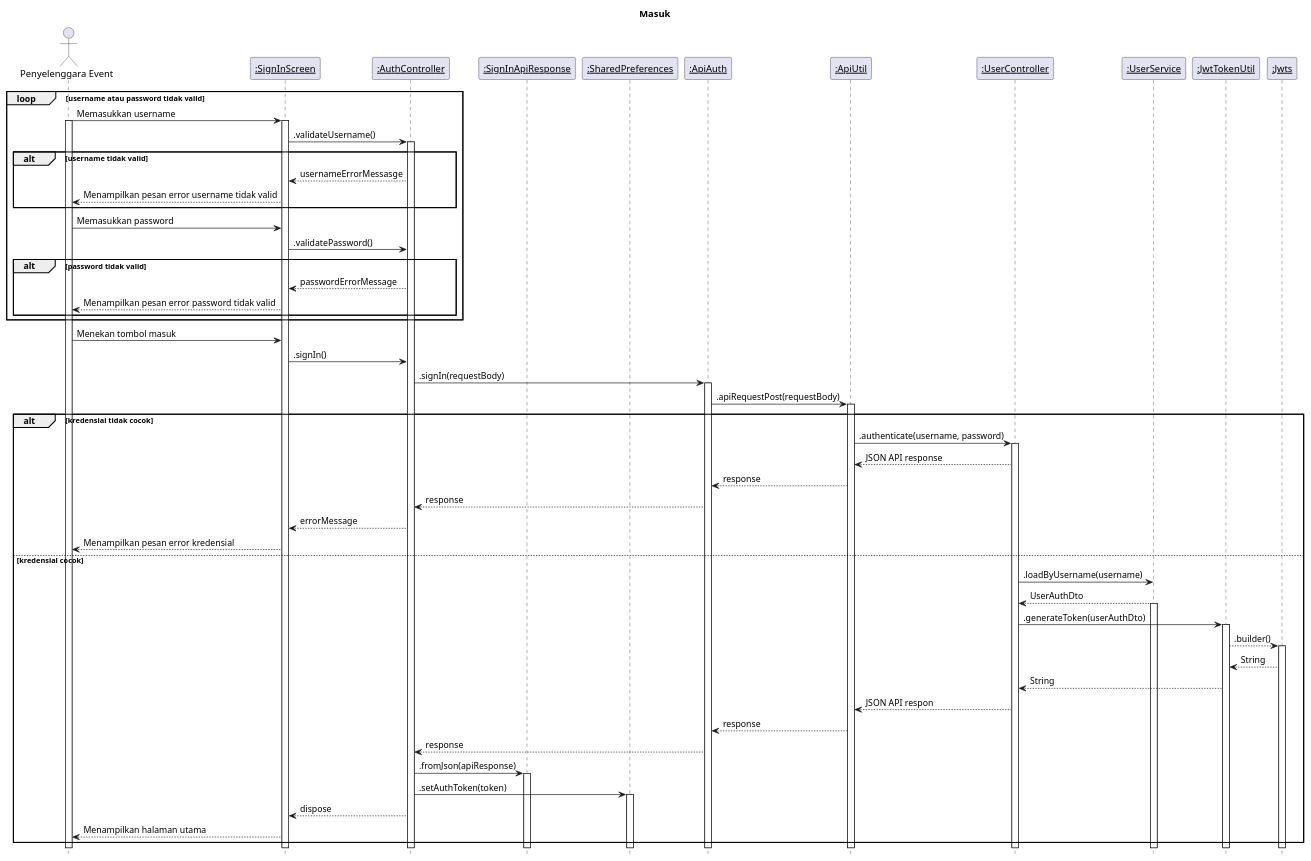
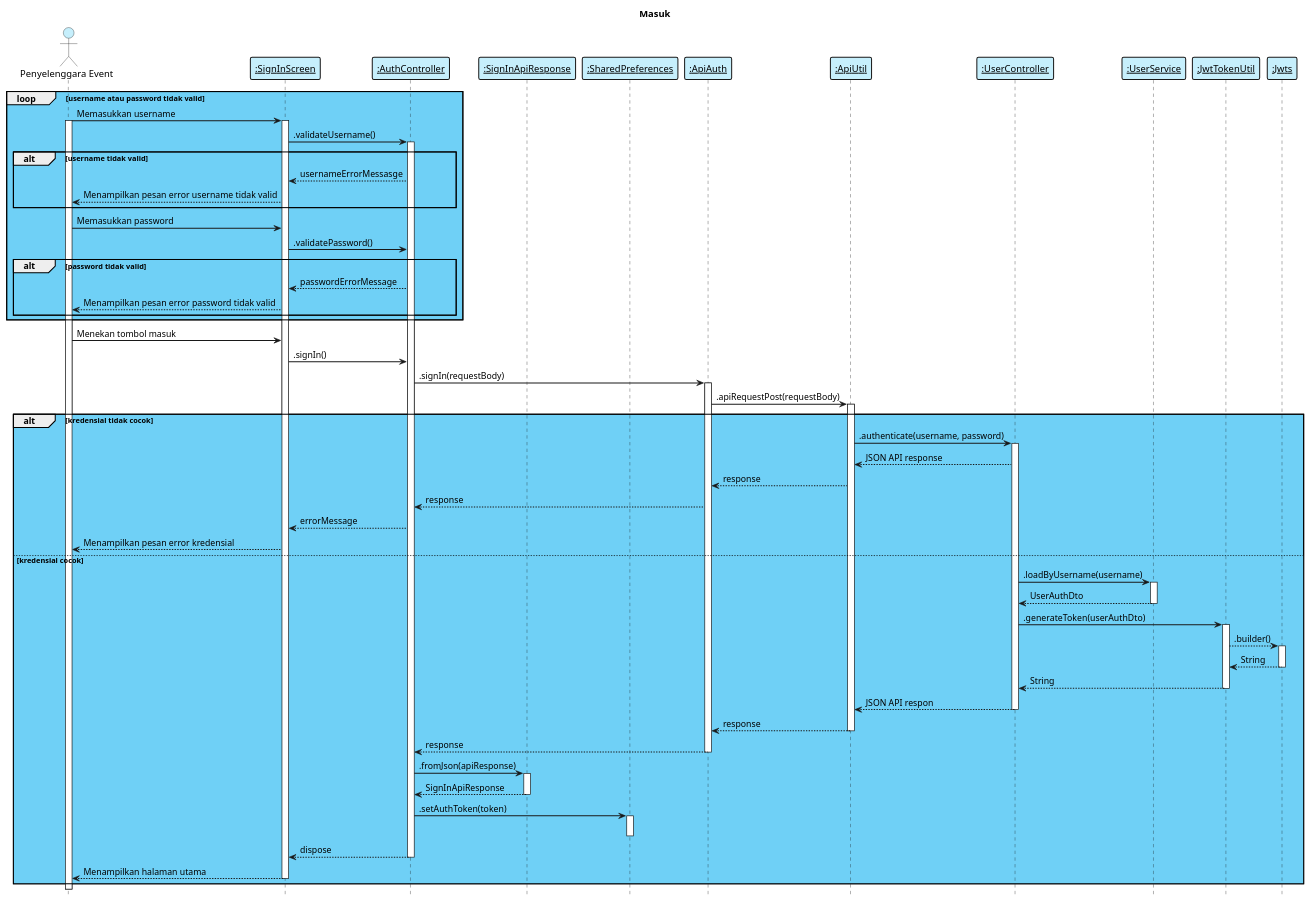
Before and after one commit to irfanfarras10/myevent-diagram: the diagram in Sequence Diagram/sequence_diagram_masuk.wsd, drawn with PlantUML. The commit also changed 6 other files, not shown here.

Commit message:
feat: implement class diagram:

```diff
--- a/Sequence Diagram/sequence_diagram_masuk.wsd
+++ b/Sequence Diagram/sequence_diagram_masuk.wsd
@@ -1,74 +1,94 @@
 @startuml "sequence_diagram_masuk"
 
     title "Masuk"
     hide footbox
     skinparam  shadowing false
 
-    ' frontend component
-    actor "Penyelenggara Event" as eo
+    skinparam sequence {    
+        ArrowThickness 1.5
+        ActorFontName Century Gothic
+        ActorBackgroundColor  #C6EFFC
+        ArrowFontName Century Gothic
+        ParticipantBorderThickness 1.5
+        ParticipantBackgroundColor #C6EFFC
+    }
+
+    ' frontend component 
+    actor "Penyelenggara Event" as eo 
     participant "__:SignInScreen__" as view1
     participant "__:AuthController__" as controller1
     participant "__:SignInApiResponse__" as model1
     participant "__:SharedPreferences__" as prefs
     participant "__:ApiAuth__" as util1
     participant "__:ApiUtil__" as util2
     ' backend component
     participant "__:UserController__" as controller2
     participant "__:UserService__" as service1
     participant "__:JwtTokenUtil__" as util3
     participant "__:Jwts__" as util4
  
-    loop username atau password tidak valid
+    loop #6fd0f6 username atau password tidak valid
         eo -> view1: Memasukkan username
         activate eo
         activate view1
         view1 -> controller1: .validateUsername()
         activate controller1
         alt username tidak valid
             controller1 --> view1: usernameErrorMessasge
             view1 --> eo: Menampilkan pesan error username tidak valid
         end
         eo -> view1: Memasukkan password
         view1 -> controller1: .validatePassword()
         alt password tidak valid
             controller1 --> view1: passwordErrorMessage
             view1 --> eo: Menampilkan pesan error password tidak valid
         end
     end 
     eo -> view1: Menekan tombol masuk
     view1 -> controller1: .signIn()
     controller1 -> util1: .signIn(requestBody)
     activate util1
     util1 -> util2: .apiRequestPost(requestBody)
     activate util2
 
-    alt kredensial tidak cocok
+    alt #6fd0f6 kredensial tidak cocok
         util2 -> controller2: .authenticate(username, password)
         activate controller2
         controller2 --> util2: JSON API response
         util2 --> util1: response
         util1 --> controller1: response
         controller1 --> view1: errorMessage
         view1 --> eo: Menampilkan pesan error kredensial
     else kredensial cocok
         controller2 -> service1: .loadByUsername(username)
+        activate service1
         service1 --> controller2: UserAuthDto
-        activate service1
+        deactivate
         controller2 -> util3: .generateToken(userAuthDto)
         activate util3
         util3 --> util4: .builder()
         activate util4
         util4 --> util3: String  
+        deactivate
         util3 --> controller2: String
-        controller2 --> util2: JSON API respon 
+        deactivate
+        controller2 --> util2: JSON API respon
+         deactivate
         util2 --> util1: response
+        deactivate
         util1 --> controller1: response
+        deactivate
         controller1 -> model1: .fromJson(apiResponse)
         activate model1
+        model1 --> controller1: SignInApiResponse
+        deactivate
         controller1 -> prefs: .setAuthToken(token)
         activate prefs
+        deactivate
         controller1 --> view1: dispose
+        deactivate
         view1 --> eo: Menampilkan halaman utama
+        deactivate
     end
 
 @enduml
```
